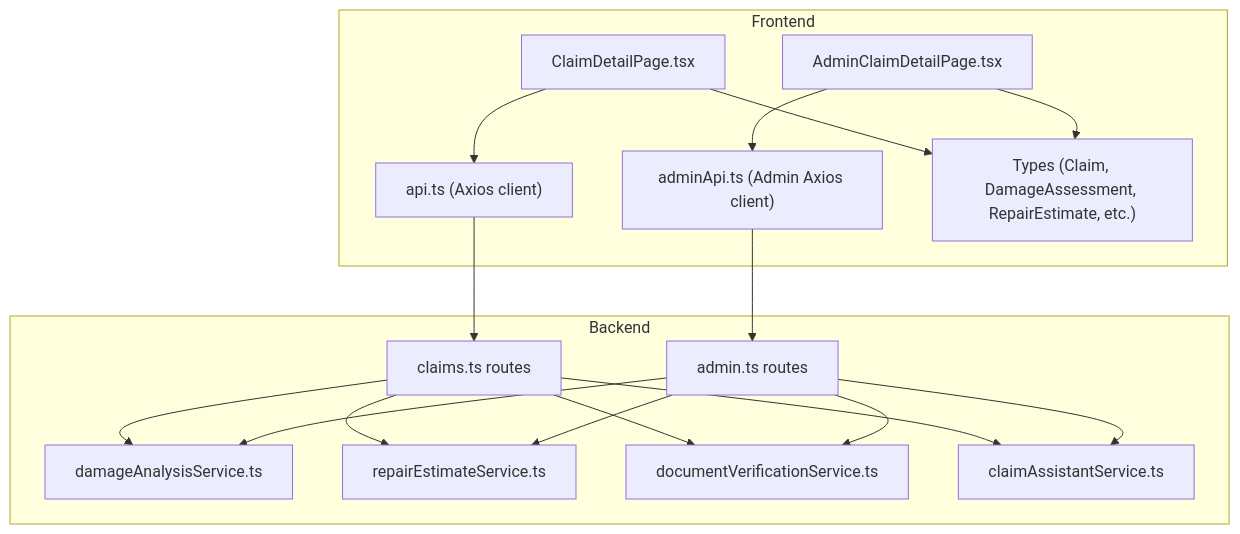
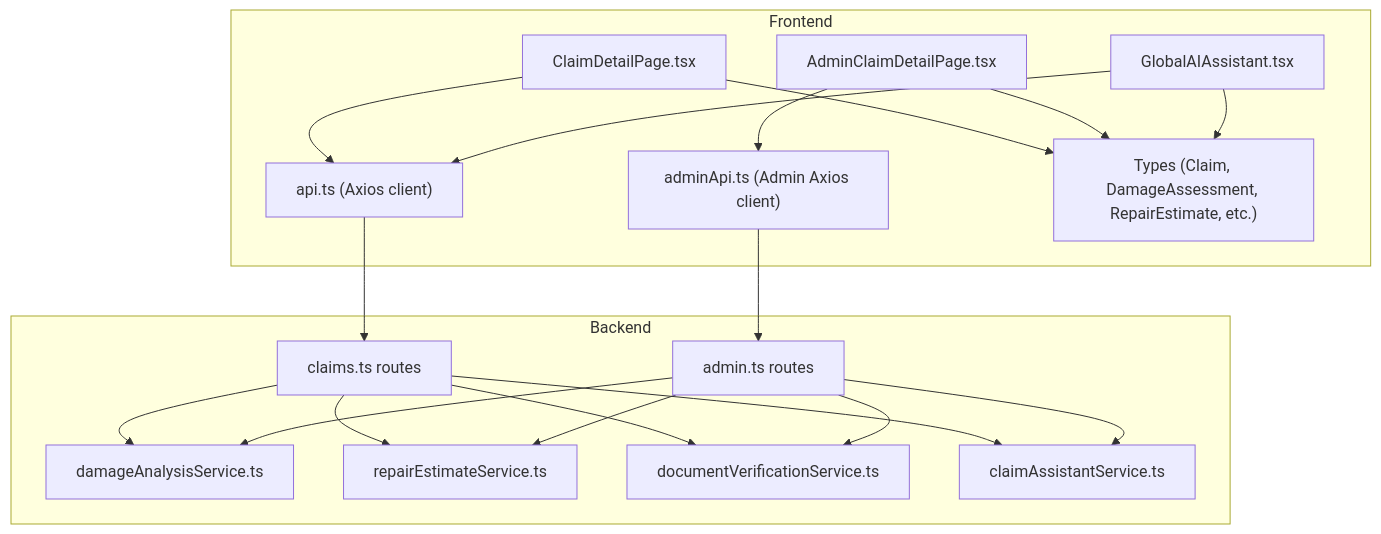
The first of 3 diagrams in .qoder/repowiki/en/content/Frontend Documentation/Pages and Views/User Pages/Claim Detail Page.md (NaveenHiranya/Smart-Vehicle-Insurance-Claim-System), drawn with Mermaid before and after one commit. The commit also changed other lines of this file and 35 other files, not shown here.

````diff
--- a/.qoder/repowiki/en/content/Frontend Documentation/Pages and Views/User Pages/Claim Detail Page.md
+++ b/.qoder/repowiki/en/content/Frontend Documentation/Pages and Views/User Pages/Claim Detail Page.md
@@ -43,32 +43,35 @@
 ```mermaid
 graph TB
 subgraph "Frontend"
 CDP["ClaimDetailPage.tsx"]
 ACDP["AdminClaimDetailPage.tsx"]
+GAA["GlobalAIAssistant.tsx"]
 API["api.ts (Axios client)"]
 AAPI["adminApi.ts (Admin Axios client)"]
 TYPES["Types (Claim, DamageAssessment, RepairEstimate, etc.)"]
 end
 subgraph "Backend"
 ROUTES["claims.ts routes"]
 AROUTES["admin.ts routes"]
 DAST["damageAnalysisService.ts"]
 RES["repairEstimateService.ts"]
 DVS["documentVerificationService.ts"]
 CAS["claimAssistantService.ts"]
 end
 CDP --> API
 ACDP --> AAPI
+GAA --> API
 API --> ROUTES
 AAPI --> AROUTES
 ROUTES --> DAST
 ROUTES --> RES
 ROUTES --> DVS
 ROUTES --> CAS
 AROUTES --> DAST
 AROUTES --> RES
 AROUTES --> DVS
 AROUTES --> CAS
 CDP --> TYPES
 ACDP --> TYPES
+GAA --> TYPES
 ```
````
